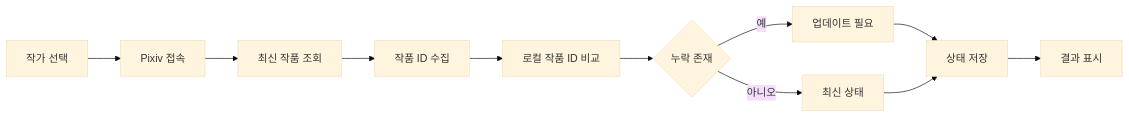
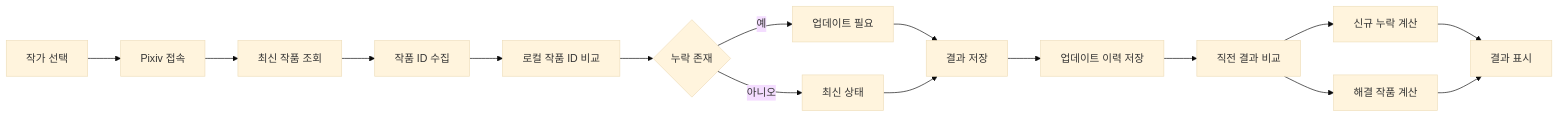
One commit to PKT0623/PixivLocalManager changed diagram 12 of 25 in docs/03_SYSTEM_FLOW.md. Above: the diagram before and after it, drawn with Mermaid (base theme). The commit also changed other lines of this file and 10 other files, not shown here.

````diff
--- a/docs/03_SYSTEM_FLOW.md
+++ b/docs/03_SYSTEM_FLOW.md
@@ -147,21 +288,27 @@
 ```mermaid
 flowchart LR
 
 A[작가 선택]
 
 A --> B[Pixiv 접속]
 B --> C[최신 작품 조회]
 C --> D[작품 ID 수집]
 
 D --> E[로컬 작품 ID 비교]
 
 E --> F{누락 존재}
 
 F -->|예| G[업데이트 필요]
 F -->|아니오| H[최신 상태]
 
-G --> I[상태 저장]
+G --> I[결과 저장]
 H --> I
 
-I --> J[결과 표시]
+I --> J[업데이트 이력 저장]
+J --> K[직전 결과 비교]
+K --> L[신규 누락 계산]
+K --> M[해결 작품 계산]
+
+L --> N[결과 표시]
+M --> N
 ```
````
